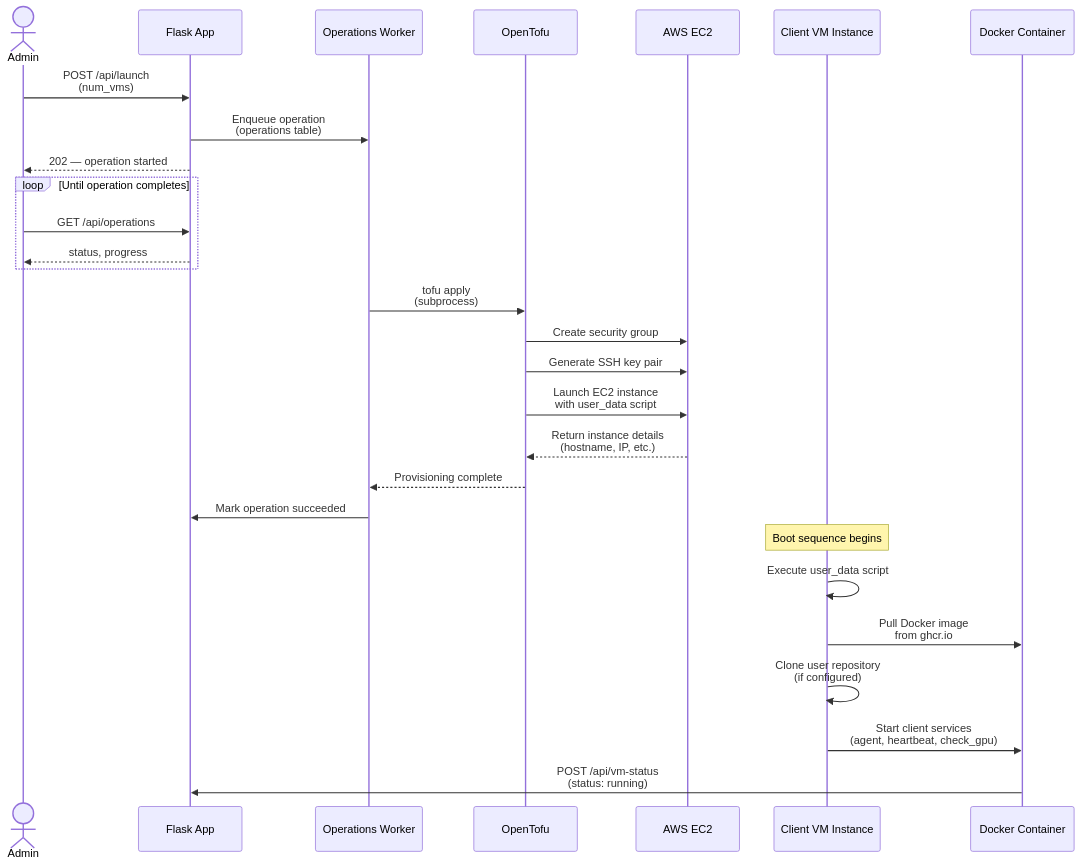
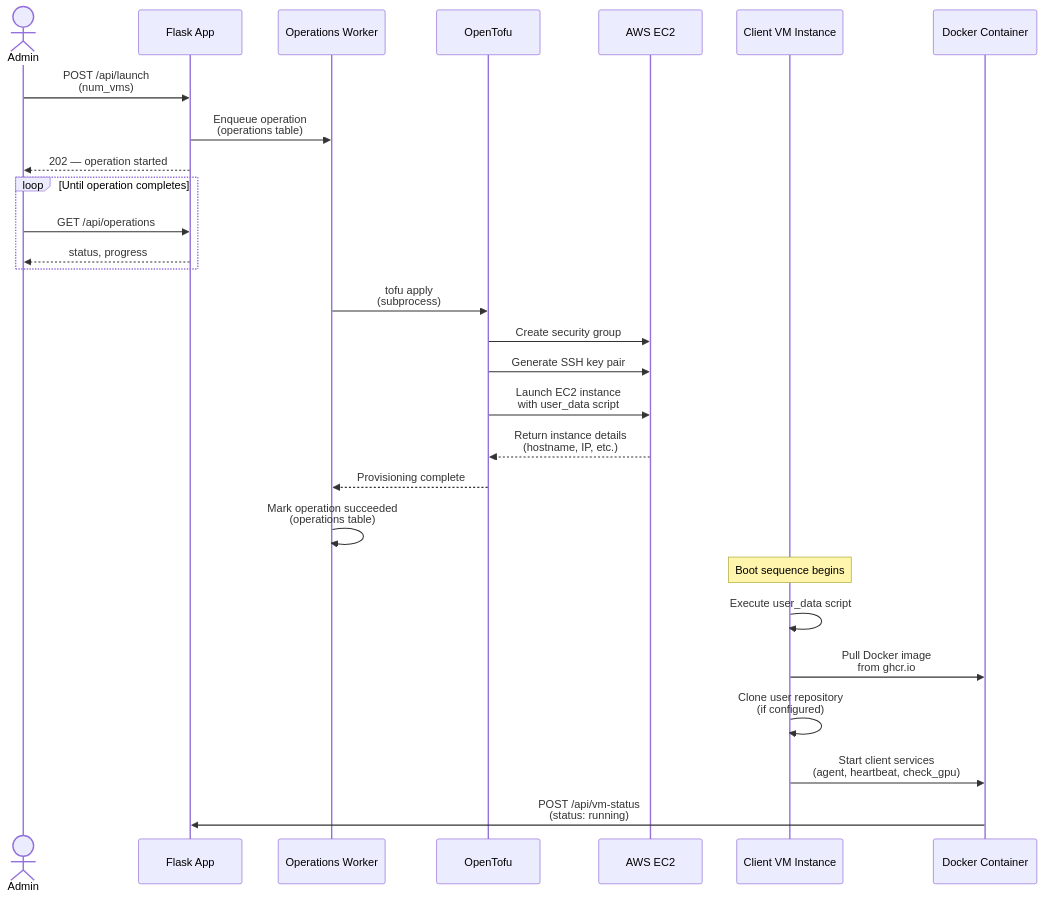
One commit to talmolab/lablink changed the fourth of 5 diagrams in docs/architecture.md. Above: the diagram before and after it, drawn with Mermaid. The commit also changed other lines of this file and 1 other file, not shown here.

First line of the commit message:
docs: fix review findings in architecture diagrams and request_vm docstring

````diff
--- a/docs/architecture.md
+++ b/docs/architecture.md
@@ -443,35 +446,35 @@
 ```mermaid
 sequenceDiagram
     actor Admin
     participant Flask as Flask App
     participant Worker as Operations Worker
     participant OpenTofu
     participant AWS as AWS EC2
     participant VM as Client VM Instance
     participant Docker as Docker Container
 
     Admin->>Flask: POST /api/launch<br/>(num_vms)
     Flask->>Worker: Enqueue operation<br/>(operations table)
     Flask-->>Admin: 202 — operation started
 
     loop Until operation completes
         Admin->>Flask: GET /api/operations
         Flask-->>Admin: status, progress
     end
 
     Worker->>OpenTofu: tofu apply<br/>(subprocess)
     OpenTofu->>AWS: Create security group
     OpenTofu->>AWS: Generate SSH key pair
     OpenTofu->>AWS: Launch EC2 instance<br/>with user_data script
     AWS-->>OpenTofu: Return instance details<br/>(hostname, IP, etc.)
     OpenTofu-->>Worker: Provisioning complete
-    Worker->>Flask: Mark operation succeeded
+    Worker->>Worker: Mark operation succeeded<br/>(operations table)
 
     Note over VM: Boot sequence begins
     VM->>VM: Execute user_data script
 
     VM->>Docker: Pull Docker image<br/>from ghcr.io
     VM->>VM: Clone user repository<br/>(if configured)
     VM->>Docker: Start client services<br/>(agent, heartbeat, check_gpu)
     Docker->>Flask: POST /api/vm-status<br/>(status: running)
 ```
````
